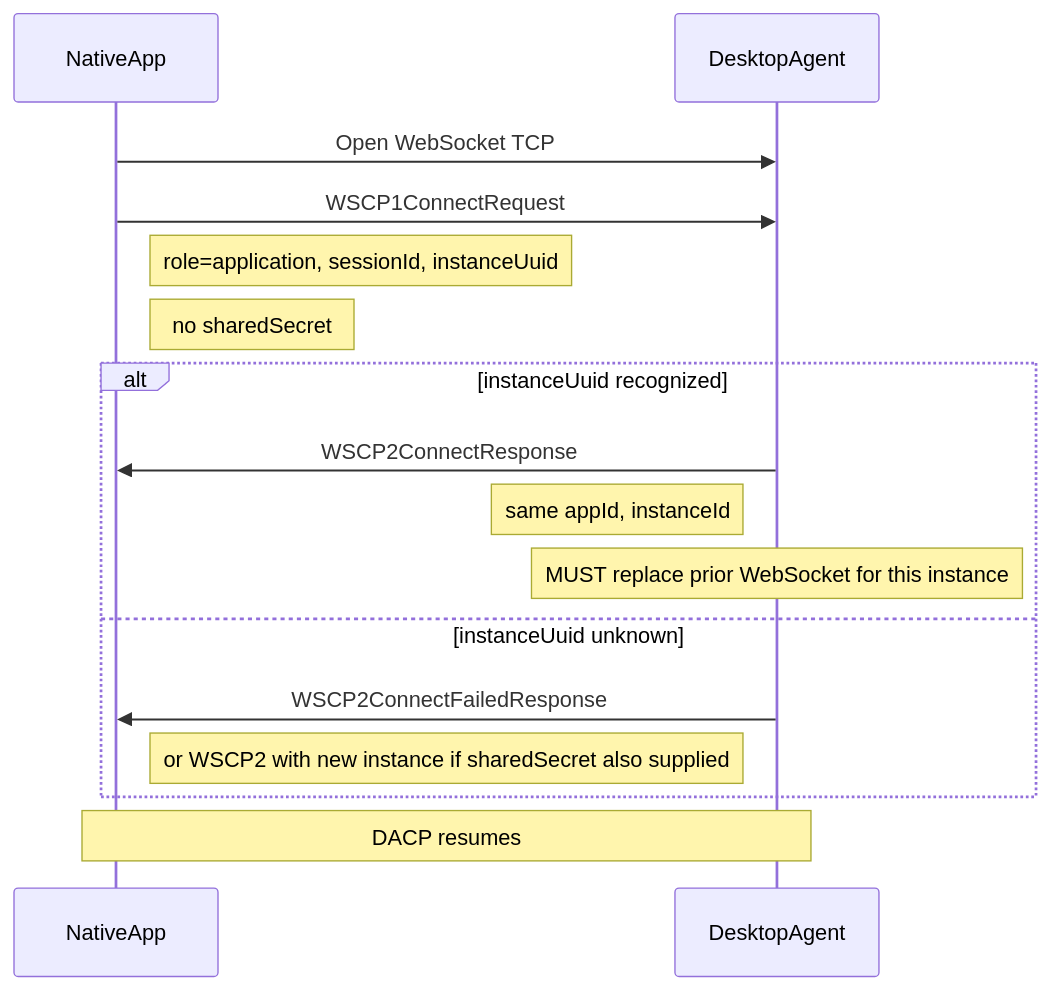
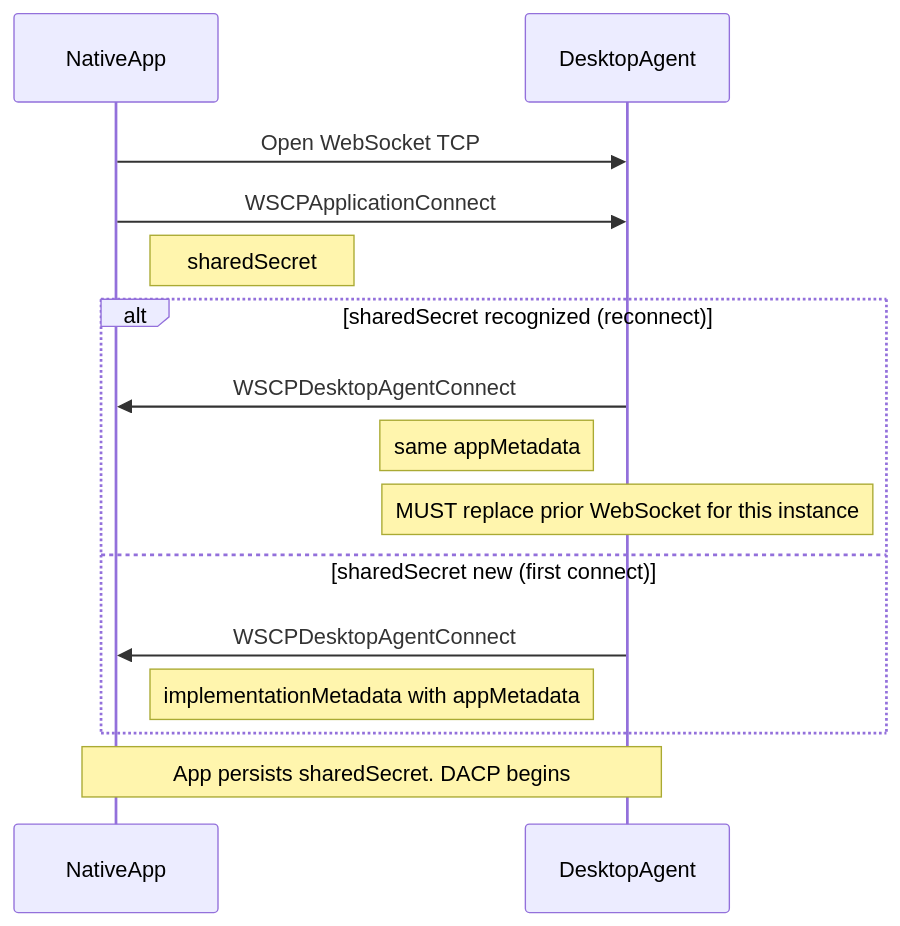
One commit to finos/FDC3 changed the first of 3 diagrams in website/docs/api/specs/webSocketConnectionProtocol.md. Above: the diagram before and after it, drawn with Mermaid. The commit also changed other lines of this file and 10 other files, not shown here.

````diff
--- a/website/docs/api/specs/webSocketConnectionProtocol.md
+++ b/website/docs/api/specs/webSocketConnectionProtocol.md
@@ -116,19 +219,18 @@
 ```mermaid
 sequenceDiagram
     participant App as NativeApp
     participant DA as DesktopAgent
 
     App->>DA: Open WebSocket TCP
-    App->>DA: WSCP1ConnectRequest
-    Note right of App: role=application, sessionId, instanceUuid
-    Note right of App: no sharedSecret
-    alt instanceUuid recognized
-        DA->>App: WSCP2ConnectResponse
-        Note left of DA: same appId, instanceId
+    App->>DA: WSCPApplicationConnect
+    Note right of App: sharedSecret
+    alt sharedSecret recognized (reconnect)
+        DA->>App: WSCPDesktopAgentConnect
+        Note left of DA: same appMetadata
         Note over DA: MUST replace prior WebSocket for this instance
-    else instanceUuid unknown
-        DA->>App: WSCP2ConnectFailedResponse
-        Note left of DA: or WSCP2 with new instance if sharedSecret also supplied
+    else sharedSecret new (first connect)
+        DA->>App: WSCPDesktopAgentConnect
+        Note left of DA: implementationMetadata with appMetadata
     end
-    Note over App,DA: DACP resumes
+    Note over App,DA: App persists sharedSecret. DACP begins
 ```
````
